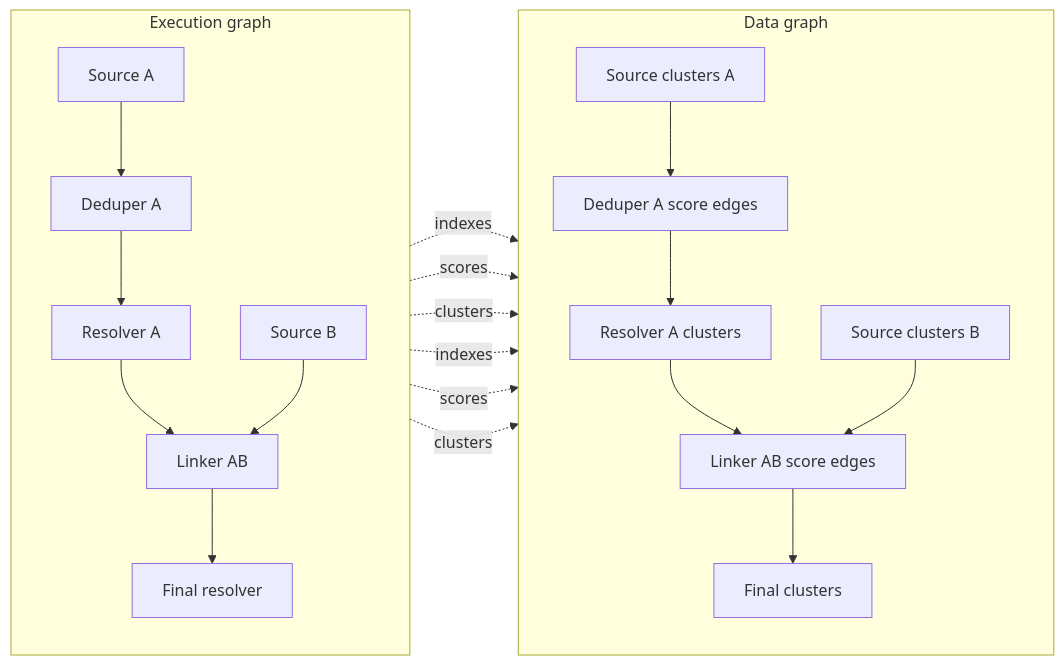
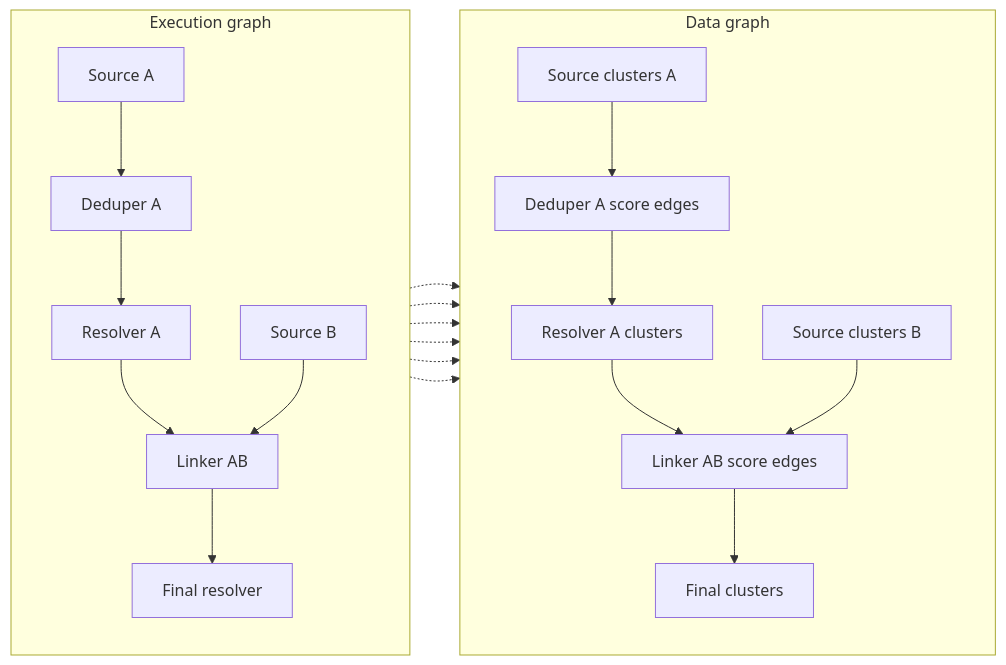
One commit to will-langdale/matchbox changed the first of 5 diagrams in docs/server/concepts.md. Above: the diagram before and after it, drawn with Mermaid. The commit also changed other lines of this file and 7 other files, not shown here.

````diff
--- a/docs/server/concepts.md
+++ b/docs/server/concepts.md
@@ -12,27 +12,27 @@
 ```mermaid
 graph LR
     subgraph EG["Execution graph"]
         direction TD
         SA["Source A"] --> MA["Deduper A"]
         MA --> RA["Resolver A"]
         RA --> LAB["Linker AB"]
         SB["Source B"] --> LAB
         LAB --> RF["Final resolver"]
     end
 
     subgraph DG["Data graph"]
         direction TD
         SAC["Source clusters A"] --> MAS["Deduper A score edges"]
         MAS --> RAC["Resolver A clusters"]
         RAC --> LABS["Linker AB score edges"]
         SBC["Source clusters B"] --> LABS
         LABS --> RFC["Final clusters"]
     end
 
-    SA -.->|"indexes"| SAC
-    MA -.->|"scores"| MAS
-    RA -.->|"clusters"| RAC
-    SB -.->|"indexes"| SBC
-    LAB -.->|"scores"| LABS
-    RF -.->|"clusters"| RFC
+    SA -.-> SAC
+    MA -.-> MAS
+    RA -.-> RAC
+    SB -.-> SBC
+    LAB -.-> LABS
+    RF -.-> RFC
 ```
````
